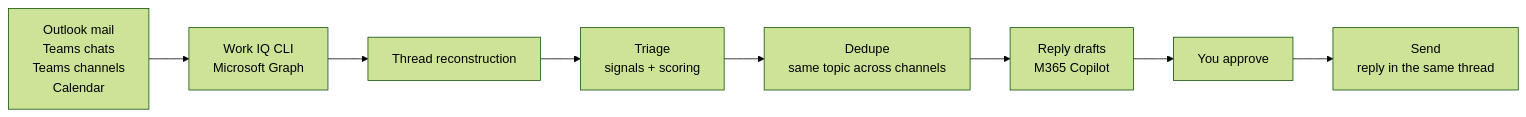
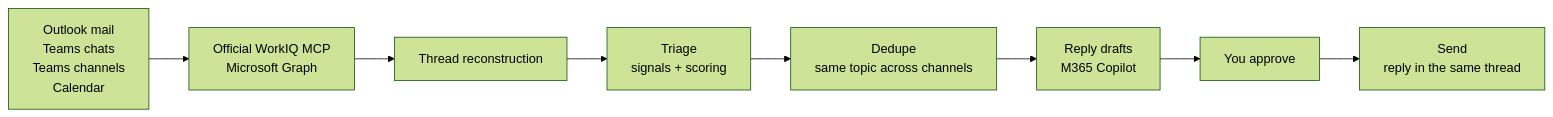
The diagram in README.md (monoqlo78/hey365), drawn with Mermaid (forest theme) before and after one commit. The commit also changed other lines of this file and 19 other files, not shown here.

Commit message:
Use official hosted WorkIQ MCP with secure OAuth authentication

````diff
--- a/README.md
+++ b/README.md
@@ -50,10 +50,10 @@
 ```mermaid
 flowchart LR
-    A[Outlook mail<br/>Teams chats<br/>Teams channels<br/>Calendar] --> B[Work IQ CLI<br/>Microsoft Graph]
+    A[Outlook mail<br/>Teams chats<br/>Teams channels<br/>Calendar] --> B[Official WorkIQ MCP<br/>Microsoft Graph]
     B --> C[Thread reconstruction]
     C --> D[Triage<br/>signals + scoring]
     D --> E[Dedupe<br/>same topic across channels]
     E --> F[Reply drafts<br/>M365 Copilot]
     F --> G[You approve]
     G --> H[Send<br/>reply in the same thread]
 ```
````
